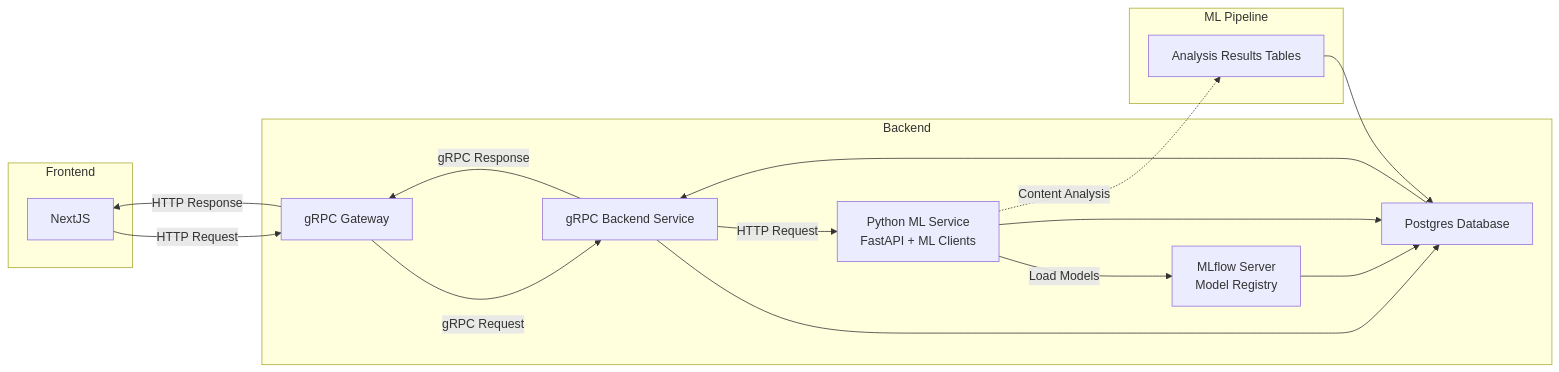
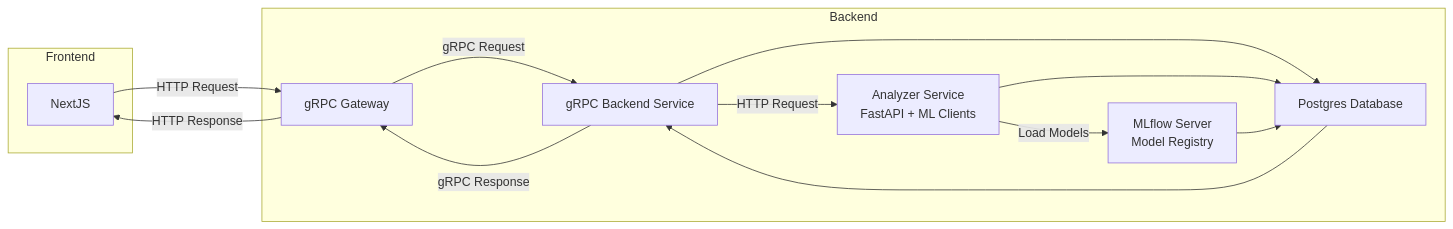
Before and after one commit to jyablonski/lotus: the diagram in README.md, drawn with Mermaid. The commit also changed other lines of this file and 58 other files, not shown here.

````diff
--- a/README.md
+++ b/README.md
@@ -24,32 +21,26 @@
 ``` mermaid
 graph LR
     A[NextJS] -->|HTTP Request| B[Go gRPC Gateway]
     B -->|gRPC Request| C[gRPC Backend Service]
     C --> D[Postgres Database]
     D --> C
     C -->|gRPC Response| B
     B -->|HTTP Response| A
 
-    C -->|HTTP Request| E[Python ML Service]
+    C -->|HTTP Request| E[Analyzer Service]
     E -->|Load Models| F[MLflow Server]
     E --> D
     F --> D
 
     subgraph Backend
         B[gRPC Gateway]
         C[gRPC Backend Service]
         D[Postgres Database]
-        E[Python ML Service<br/>FastAPI + ML Clients]
+        E[Analyzer Service<br/>FastAPI + ML Clients]
         F[MLflow Server<br/>Model Registry]
     end
 
     subgraph Frontend
         A
     end
-
-    subgraph ML Pipeline
-        E -.->|Content Analysis| G[Analysis Results Tables]
-        G --> D
-    end
-
 ```
````
